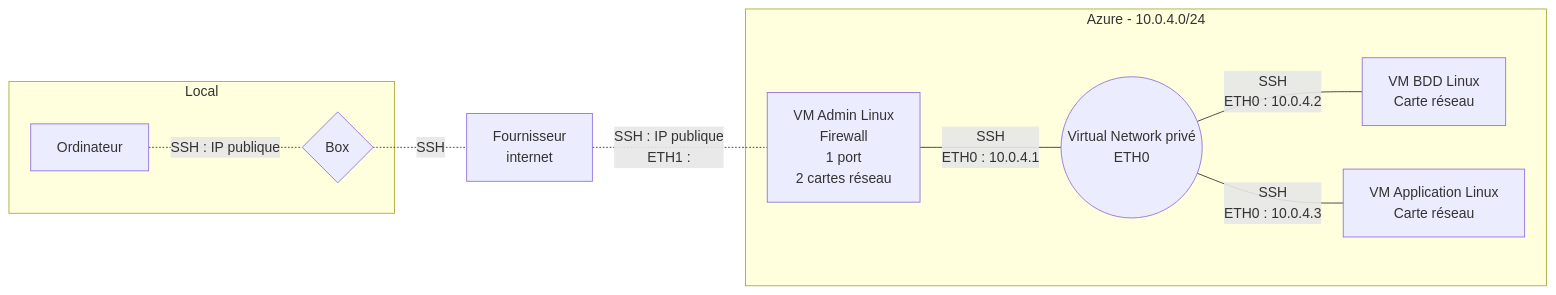
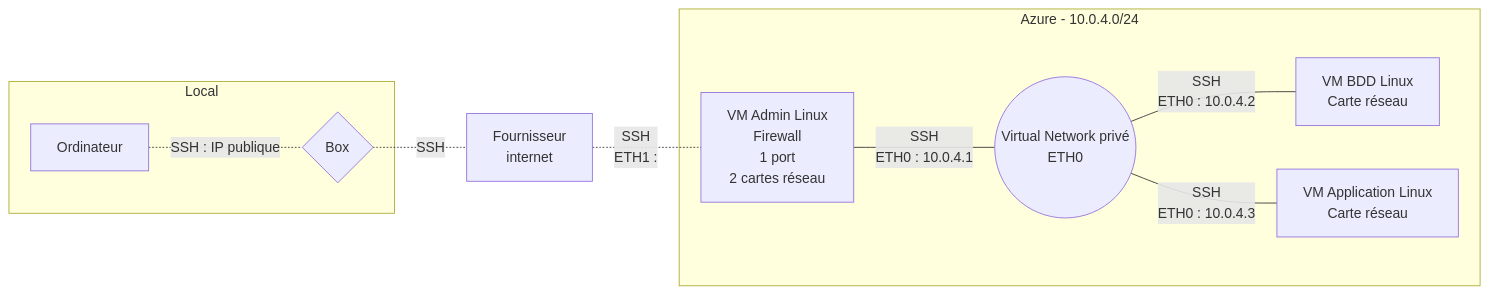
One commit to simplon-ThomasJulian/Brief2_Groupe4 changed the diagram in Brouillon.md. Above: the diagram before and after it, drawn with Mermaid.

````diff
--- a/Brouillon.md
+++ b/Brouillon.md
@@ -1,13 +1,13 @@
 ```mermaid
 flowchart LR
     subgraph Local
     Ordinateur[Ordinateur] -.-|SSH : IP publique| Box{Box}
     end
     Box -.-|SSH| Internet[Fournisseur <br /> internet]
-    Internet -.-|SSH : IP publique <br /> ETH1 : | VMAdmin[VM Admin Linux <br /> Firewall <br /> 1 port <br /> 2 cartes réseau]
+    Internet -.-|SSH <br /> ETH1 : | VMAdmin[VM Admin Linux <br /> Firewall <br /> 1 port <br /> 2 cartes réseau]
     subgraph Azure - 10.0.4.0/24
     VMAdmin ---|SSH  <br /> ETH0 : 10.0.4.1| VN((Virtual Network privé <br /> ETH0))
     VN ---|SSH  <br /> ETH0 : 10.0.4.2| BDD[VM BDD Linux <br /> Carte réseau]
     VN ---|SSH  <br />  ETH0 : 10.0.4.3| Appli[VM Application Linux <br /> Carte réseau]
     end
 ```
````
